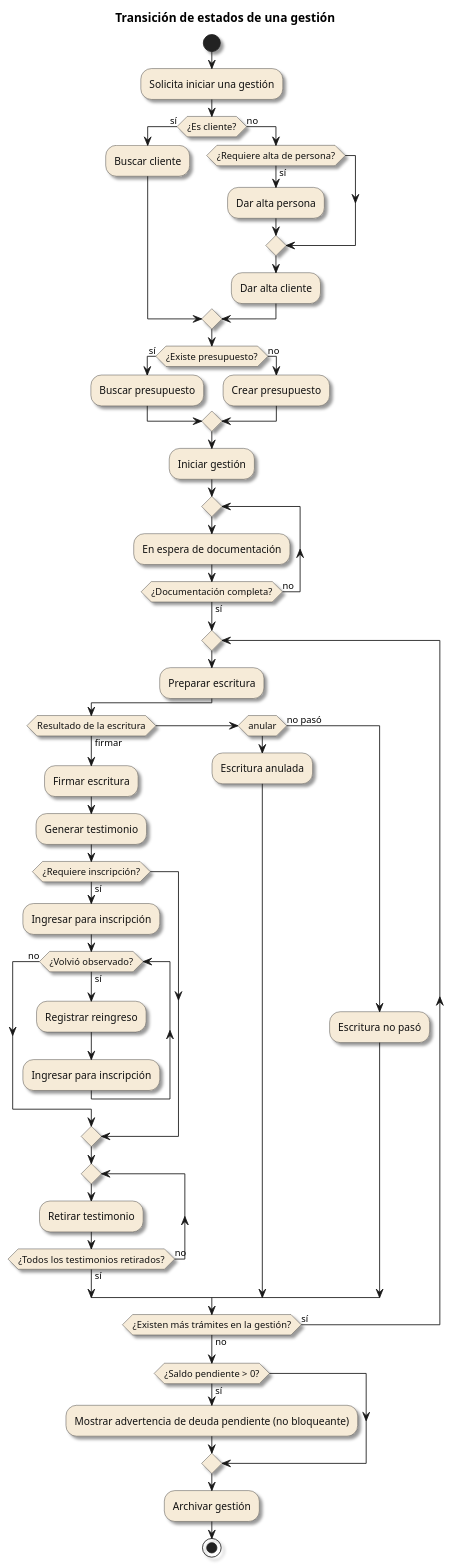
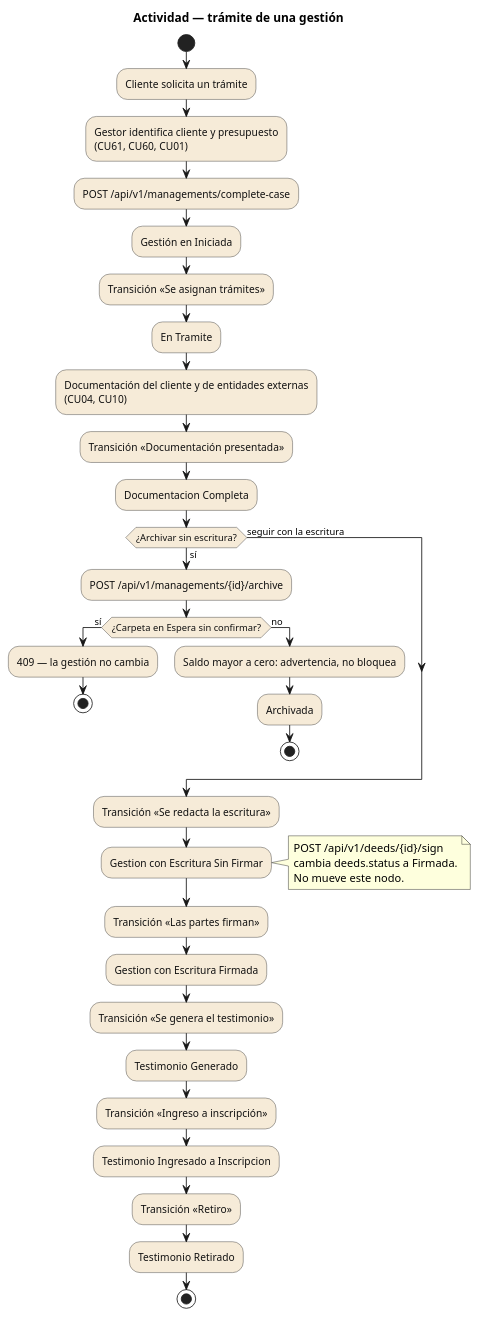
One commit to matiaspakua/notaire changed the diagram in docs/200-architecture/204-diagrams/Diagrama de Estados/transicion-de-estados.puml. Above: the diagram before and after it, drawn with PlantUML. The commit also changed other lines of this file and 15 other files, not shown here.

First line of the commit message:
docs(gestion): assess the case process and correct its activity

```diff
--- a/docs/200-architecture/204-diagrams/Diagrama de Estados/transicion-de-estados.puml
+++ b/docs/200-architecture/204-diagrams/Diagrama de Estados/transicion-de-estados.puml
@@ -1,72 +5,62 @@
 @startuml
-title Transición de estados de una gestión
+title Actividad — trámite de una gestión
 
-skinparam shadowing true
+skinparam shadowing false
 skinparam defaultFontName Arial
 skinparam activity {
   BackgroundColor #F6EBD8
   BorderColor #333333
   FontColor #111111
   DiamondBackgroundColor #F6EBD8
   DiamondBorderColor #333333
 }
 
 start
 
-:Solicita iniciar una gestión;
+:Cliente solicita un trámite;
+:Gestor identifica cliente y presupuesto\n(CU61, CU60, CU01);
+:POST /api/v1/managements/complete-case;
+:Gestión en Iniciada;
 
-if (¿Es cliente?) then (sí)
-  :Buscar cliente;
-else (no)
-  if (¿Requiere alta de persona?) then (sí)
-    :Dar alta persona;
+:Transición «Se asignan trámites»;
+:En Tramite;
+
+:Documentación del cliente y de entidades externas\n(CU04, CU10);
+:Transición «Documentación presentada»;
+:Documentacion Completa;
+
+if (¿Archivar sin escritura?) then (sí)
+  :POST /api/v1/managements/{id}/archive;
+  if (¿Carpeta en Espera sin confirmar?) then (sí)
+    :409 — la gestión no cambia;
+    stop
+  else (no)
+    :Saldo mayor a cero: advertencia, no bloquea;
+    :Archivada;
+    stop
   endif
-  :Dar alta cliente;
+else (seguir con la escritura)
 endif
 
-if (¿Existe presupuesto?) then (sí)
-  :Buscar presupuesto;
-else (no)
-  :Crear presupuesto;
-endif
+:Transición «Se redacta la escritura»;
+:Gestion con Escritura Sin Firmar;
 
-:Iniciar gestión;
+note right
+  POST /api/v1/deeds/{id}/sign
+  cambia deeds.status a Firmada.
+  No mueve este nodo.
+end note
 
-repeat
-  :En espera de documentación;
-repeat while (¿Documentación completa?) is (no) not (sí)
+:Transición «Las partes firman»;
+:Gestion con Escritura Firmada;
 
-repeat
-  :Preparar escritura;
+:Transición «Se genera el testimonio»;
+:Testimonio Generado;
 
-  if (Resultado de la escritura) then (firmar)
-    :Firmar escritura;
-    :Generar testimonio;
+:Transición «Ingreso a inscripción»;
+:Testimonio Ingresado a Inscripcion;
 
-    if (¿Requiere inscripción?) then (sí)
-      :Ingresar para inscripción;
-
-      while (¿Volvió observado?) is (sí)
-        :Registrar reingreso;
-        :Ingresar para inscripción;
-      endwhile (no)
-    endif
-
-    repeat
-      :Retirar testimonio;
-    repeat while (¿Todos los testimonios retirados?) is (no) not (sí)
-  elseif (anular)
-    :Escritura anulada;
-  else (no pasó)
-    :Escritura no pasó;
-  endif
-
-repeat while (¿Existen más trámites en la gestión?) is (sí) not (no)
-
-if (¿Saldo pendiente > 0?) then (sí)
-  :Mostrar advertencia de deuda pendiente (no bloqueante);
-endif
-
-:Archivar gestión;
+:Transición «Retiro»;
+:Testimonio Retirado;
 stop
 @enduml
```
